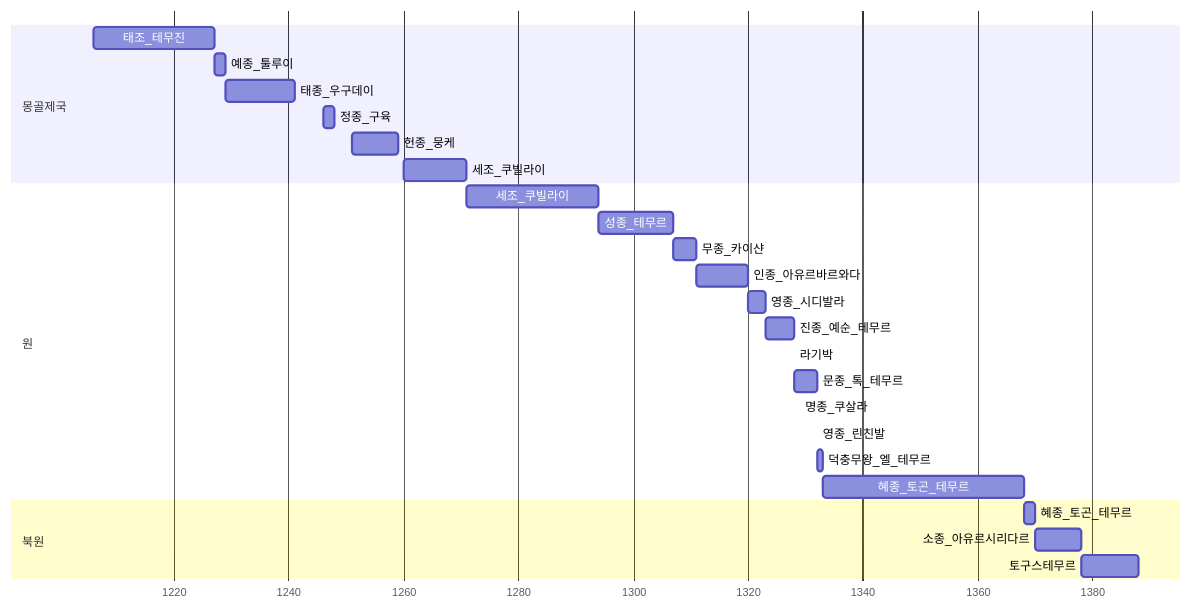
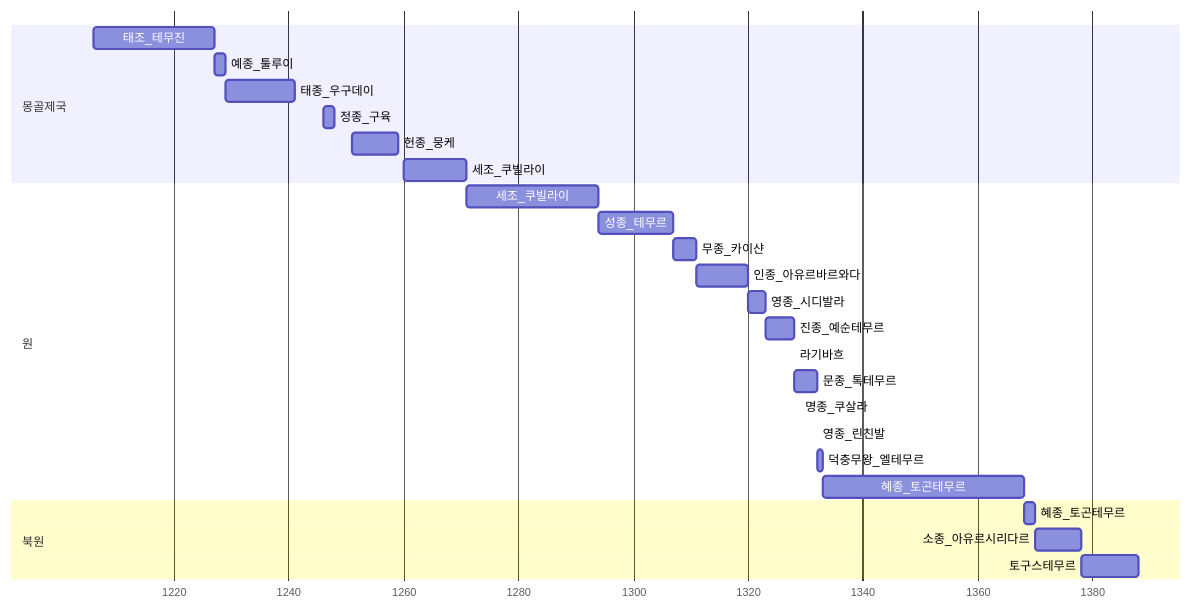
The first of 2 diagrams in 중국사/원왕조.md (daewonyoon/historigram), drawn with Mermaid before and after one commit. The commit also changed other lines of this file and 1 other file, not shown here.

````diff
--- a/중국사/원왕조.md
+++ b/중국사/원왕조.md
@@ -1,33 +1,33 @@
 ```mermaid
 gantt
 
 dateFormat YYYY
 axisFormat %Y
 
 section 몽골제국
 태조_테무진: 1206, 1227
 예종_툴루이: 1227, 1229
 태종_우구데이: 1229, 1241
 정종_구육: 1246, 1248
 헌종_뭉케: 1251, 1259
 세조_쿠빌라이: 1260, 1271
 
 section 원
 세조_쿠빌라이: 1271, 1294
 성종_테무르: 1294, 1307
 무종_카이샨: 1307, 1311
 인종_아유르바르와다: 1311, 1320
 영종_시디발라: 1320,1323
-진종_예순_테무르: 1323, 1328
-라기박: 1328, 1328
-문종_톡_테무르: 1328, 1332
+진종_예순테무르: 1323, 1328
+라기바흐: 1328, 1328
+문종_톡테무르: 1328, 1332
 명종_쿠살라: 1329, 1329
 영종_린친발: 1332, 1332
-덕충무왕_엘_테무르: 1332, 1333
-혜종_토곤_테무르: 1333, 1368
+덕충무왕_엘테무르: 1332, 1333
+혜종_토곤테무르: 1333, 1368
 
 section 북원
-혜종_토곤_테무르: 1368, 1370
+혜종_토곤테무르: 1368, 1370
 소종_아유르시리다르: 1370, 1378
 토구스테무르: 1378, 1388
 ```
````
